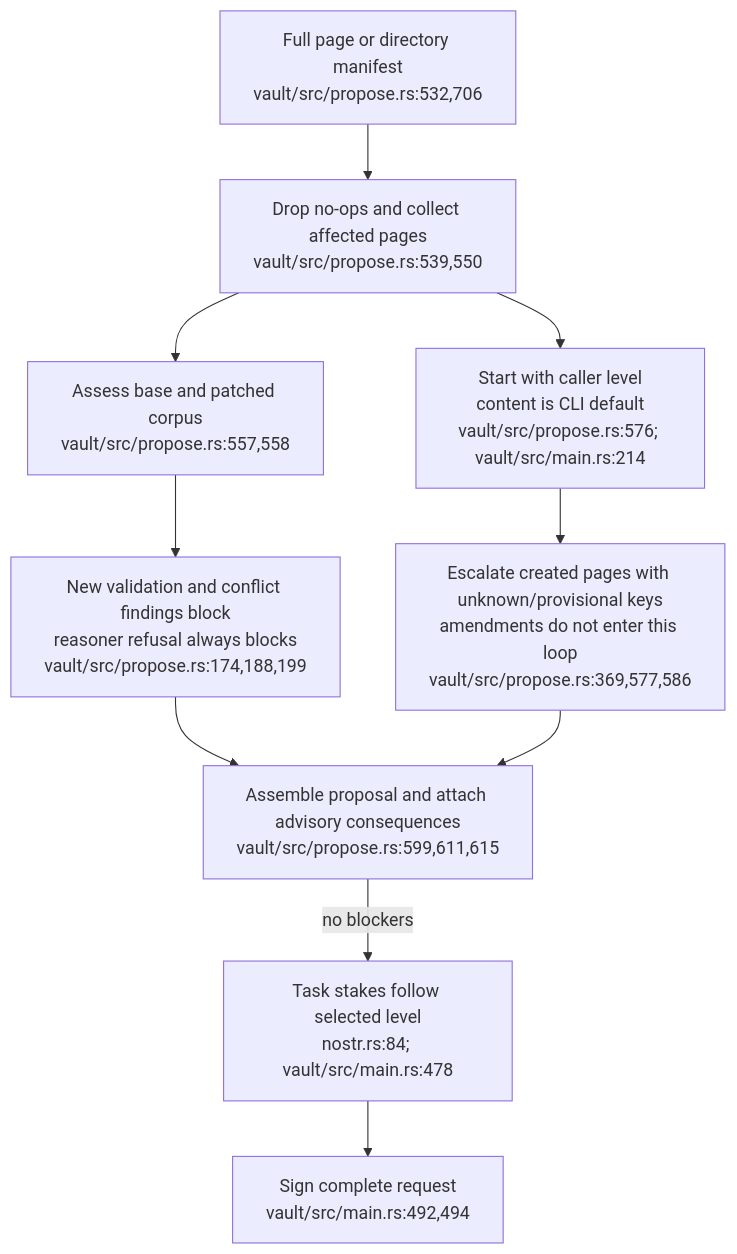
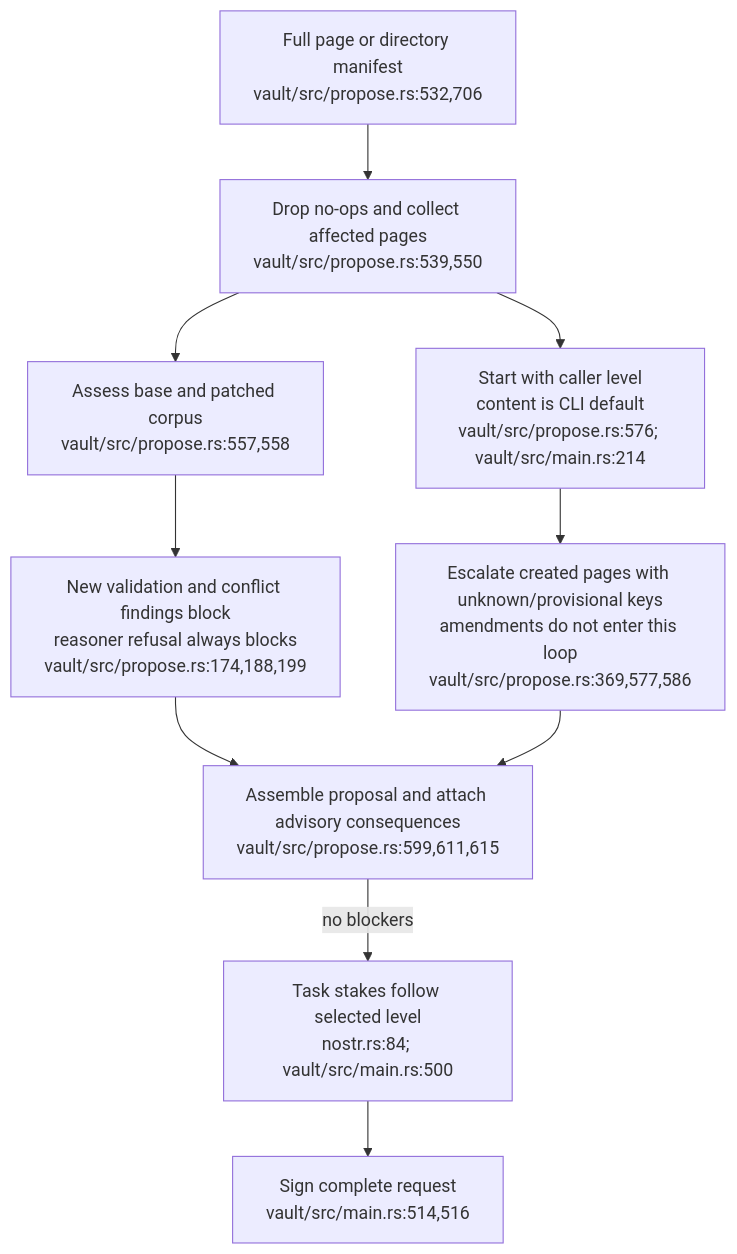
Before and after one commit to DreamLab-AI/VisionFlow: the first of 4 diagrams in docs/diagrams/visionclaw/41-proposal-construction-and-consumer-scope.md, drawn with Mermaid. The commit also changed other lines of this file and 173 other files, not shown here.

````diff
--- a/docs/diagrams/visionclaw/41-proposal-construction-and-consumer-scope.md
+++ b/docs/diagrams/visionclaw/41-proposal-construction-and-consumer-scope.md
@@ -32,12 +32,12 @@
 ```mermaid
 flowchart TD
     I["Full page or directory manifest<br/>vault/src/propose.rs:532,706"] --> D["Drop no-ops and collect affected pages<br/>vault/src/propose.rs:539,550"]
     D --> A["Assess base and patched corpus<br/>vault/src/propose.rs:557,558"]
     A --> B["New validation and conflict findings block<br/>reasoner refusal always blocks<br/>vault/src/propose.rs:174,188,199"]
     D --> L["Start with caller level<br/>content is CLI default<br/>vault/src/propose.rs:576; vault/src/main.rs:214"]
     L --> C["Escalate created pages with unknown/provisional keys<br/>amendments do not enter this loop<br/>vault/src/propose.rs:369,577,586"]
     B --> P["Assemble proposal and attach advisory consequences<br/>vault/src/propose.rs:599,611,615"]
     C --> P
-    P -->|no blockers| T["Task stakes follow selected level<br/>nostr.rs:84; vault/src/main.rs:478"]
-    T --> S["Sign complete request<br/>vault/src/main.rs:492,494"]
+    P -->|no blockers| T["Task stakes follow selected level<br/>nostr.rs:84; vault/src/main.rs:500"]
+    T --> S["Sign complete request<br/>vault/src/main.rs:514,516"]
 ```
````
